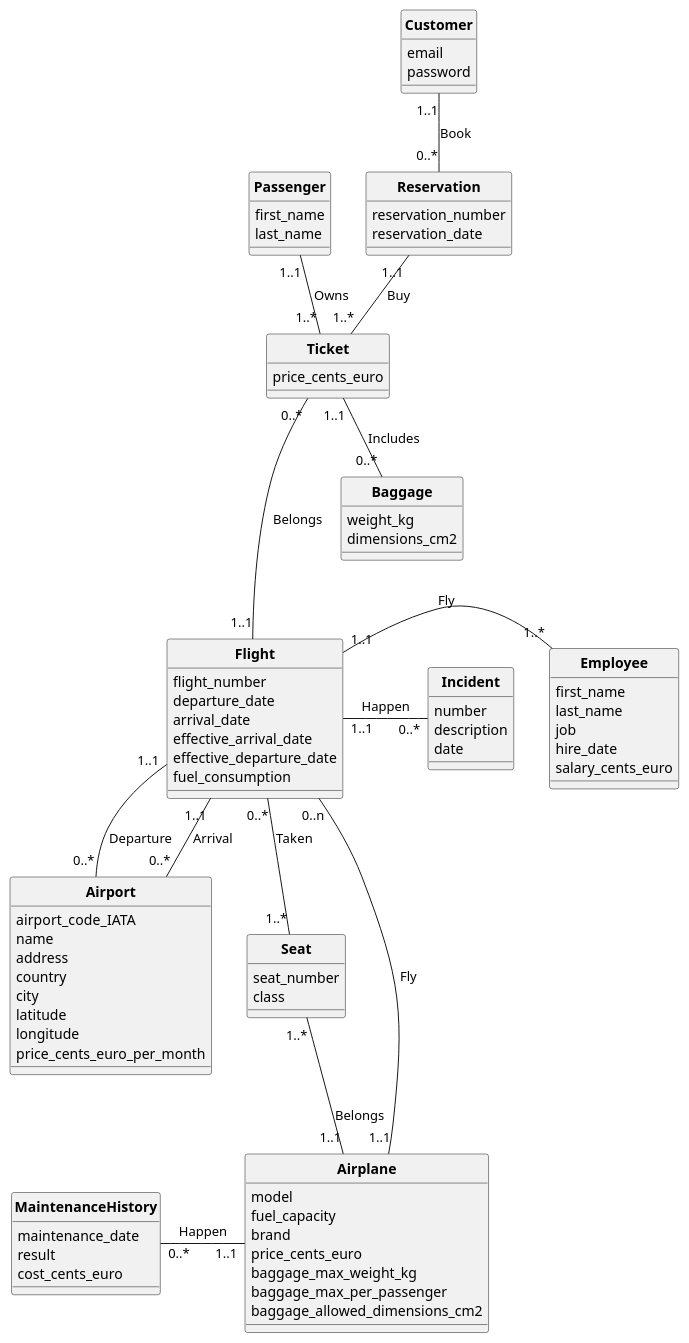
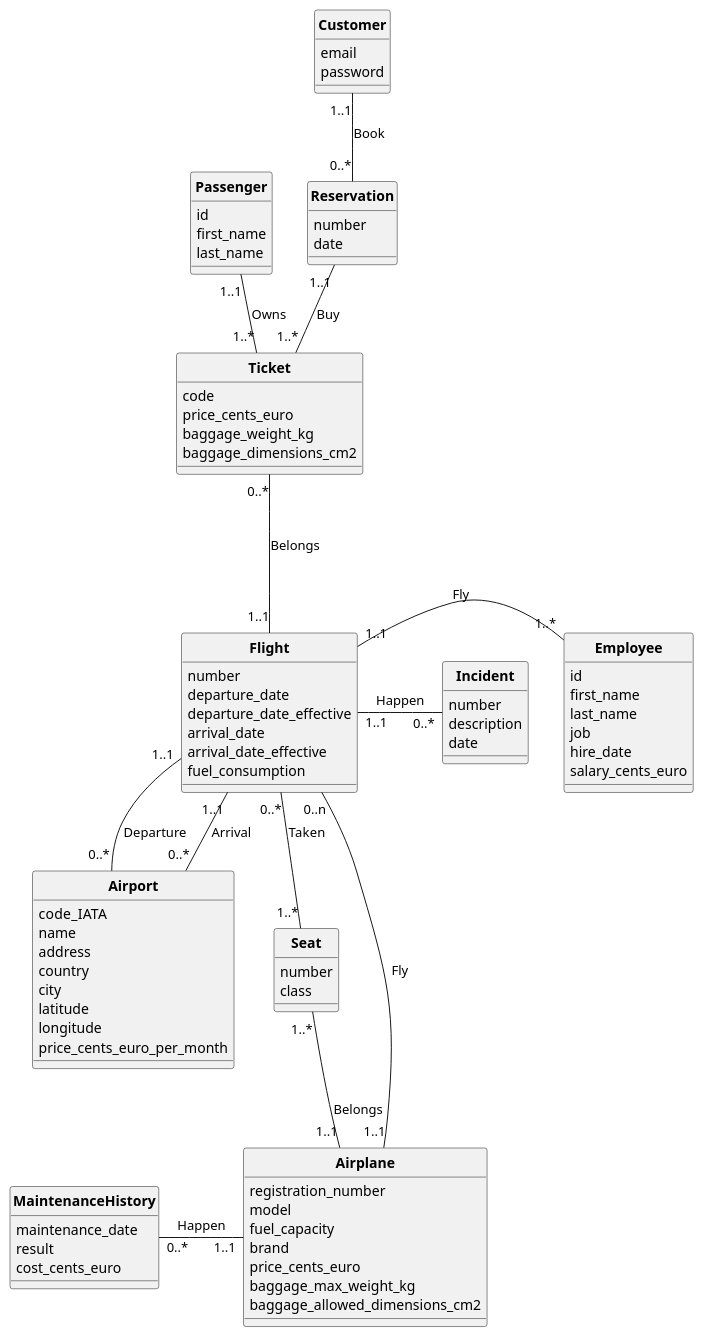
Before and after one commit to cnam-theoludwig/cnam-database: the diagram in docs/MCD.puml, drawn with PlantUML. The commit also changed 3 other files, not shown here.

```diff
--- a/docs/MCD.puml
+++ b/docs/MCD.puml
@@ -1,106 +1,104 @@
 @startuml UML
 
 skinparam style strictuml
 skinparam classAttributeIconSize 0
 skinparam classFontStyle Bold
 hide enum methods
 
 class Flight {
-  flight_number
+  number
   departure_date
+  departure_date_effective
   arrival_date
-  effective_arrival_date
-  effective_departure_date
+  arrival_date_effective
   fuel_consumption
 }
 
 class Airport {
-  airport_code_IATA
+  code_IATA
   name
   address
   country
   city
   latitude
   longitude
   price_cents_euro_per_month
 }
 
 class Airplane {
+  registration_number
   model
   fuel_capacity
   brand
   price_cents_euro
   baggage_max_weight_kg
-  baggage_max_per_passenger
   baggage_allowed_dimensions_cm2
 }
 
 class MaintenanceHistory {
   maintenance_date
   result
   cost_cents_euro
 }
 
 class Employee {
+  id
   first_name
   last_name
   job
   hire_date
   salary_cents_euro
 }
 
 class Passenger {
+  id
   first_name
   last_name
 }
 
 class Ticket {
+  code
   price_cents_euro
+  baggage_weight_kg
+  baggage_dimensions_cm2
 }
 
 class Customer {
   email
   password
 }
 
 class Seat {
-  seat_number
+  number
   class
 }
 
 class Reservation {
-  reservation_number
-  reservation_date
+  number
+  date
 }
 
 class Incident {
   number
   description
   date
-}
-
-class Baggage {
-  weight_kg
-  dimensions_cm2
 }
 
 Airplane "1..1" -- "0..n" Flight : Fly
 Seat "1..*" -- "1..1" Airplane : Belongs
 Employee "1..*" -left- "1..1" Flight : Fly
 Passenger "1..1" -- "1..*" Ticket : Owns
 Ticket "0..*" --- "1..1" Flight : Belongs
 Flight "0..*" -- "1..*" Seat : Taken
 Reservation "1..1" -- "1..*" Ticket : Buy
 
 MaintenanceHistory "0..*" -right- "1..1" Airplane : Happen
 
 Flight "1..1" -right- "0..*" Incident : Happen
 
 Flight "1..1" -- "0..*" Airport : Departure
 Flight "1..1" -- "0..*" Airport : Arrival
 
 Customer "1..1" -- "0..*" Reservation : Book
 
-Ticket "1..1" -- "0..*" Baggage : Includes
-
 @enduml
```
